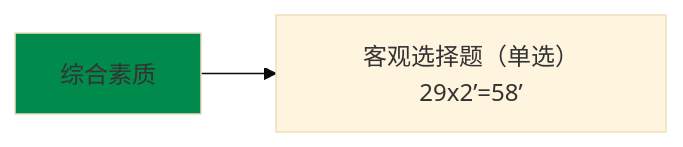
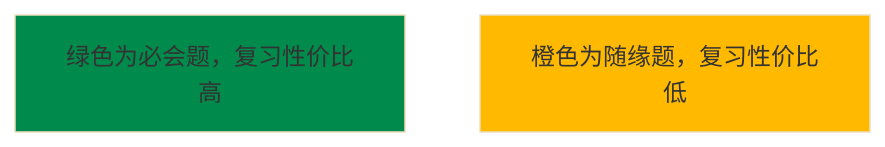
One commit to LetMeFly666/LeetCode changed the first of 4 diagrams in Solutions/Other-JiaoZi-LearningNotes.md. Above: the diagram before and after it, drawn with Mermaid (base theme). The commit also changed other lines of this file, not shown here.

Commit message:
添加了教资的科一题型和图例

````diff
--- a/Solutions/Other-JiaoZi-LearningNotes.md
+++ b/Solutions/Other-JiaoZi-LearningNotes.md
@@ -16,5 +20,7 @@
 ```mermaid
-graph LR
+graph TB
 classDef green fill:#008b4c
-KeMu1[综合素质]:::green --> KeGuanXuanZeTi["客观选择题（单选）29x2’=58’"]
+a["绿色为必会题，复习性价比高"]:::green
+b["橙色为随缘题，复习性价比低"]
+style b fill:#ffba00
 ```
````
